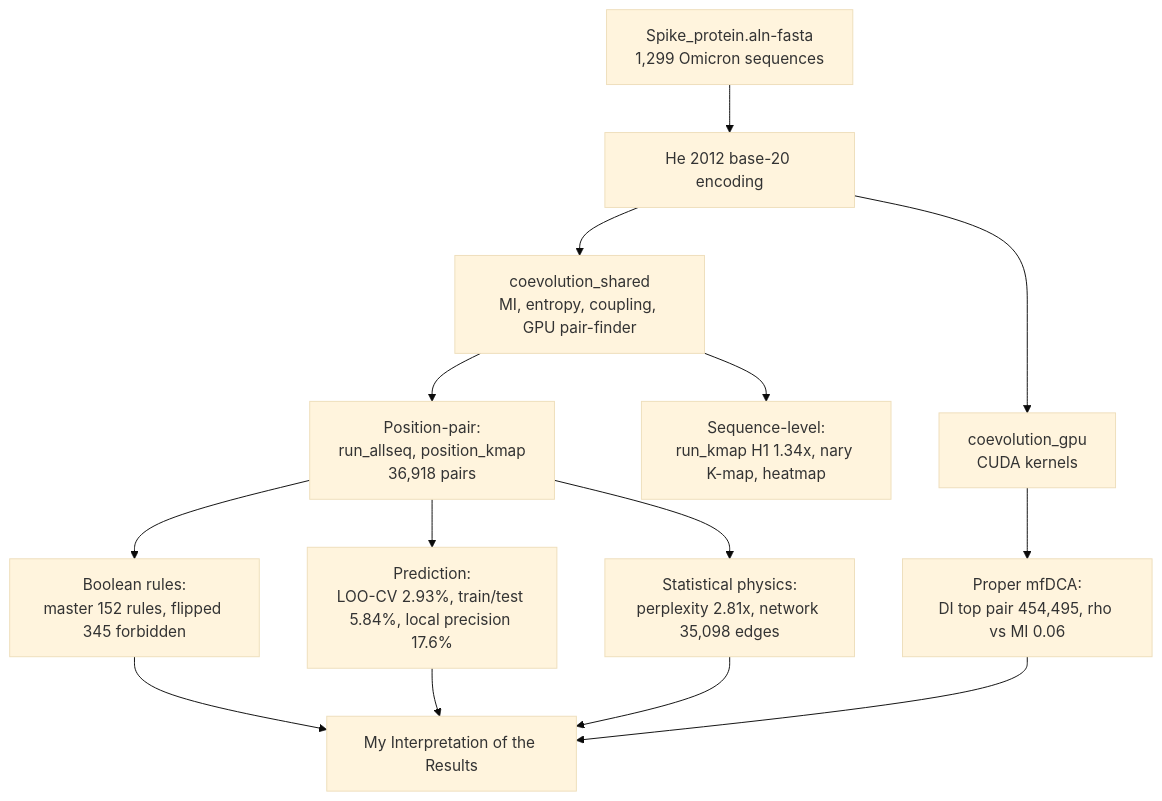
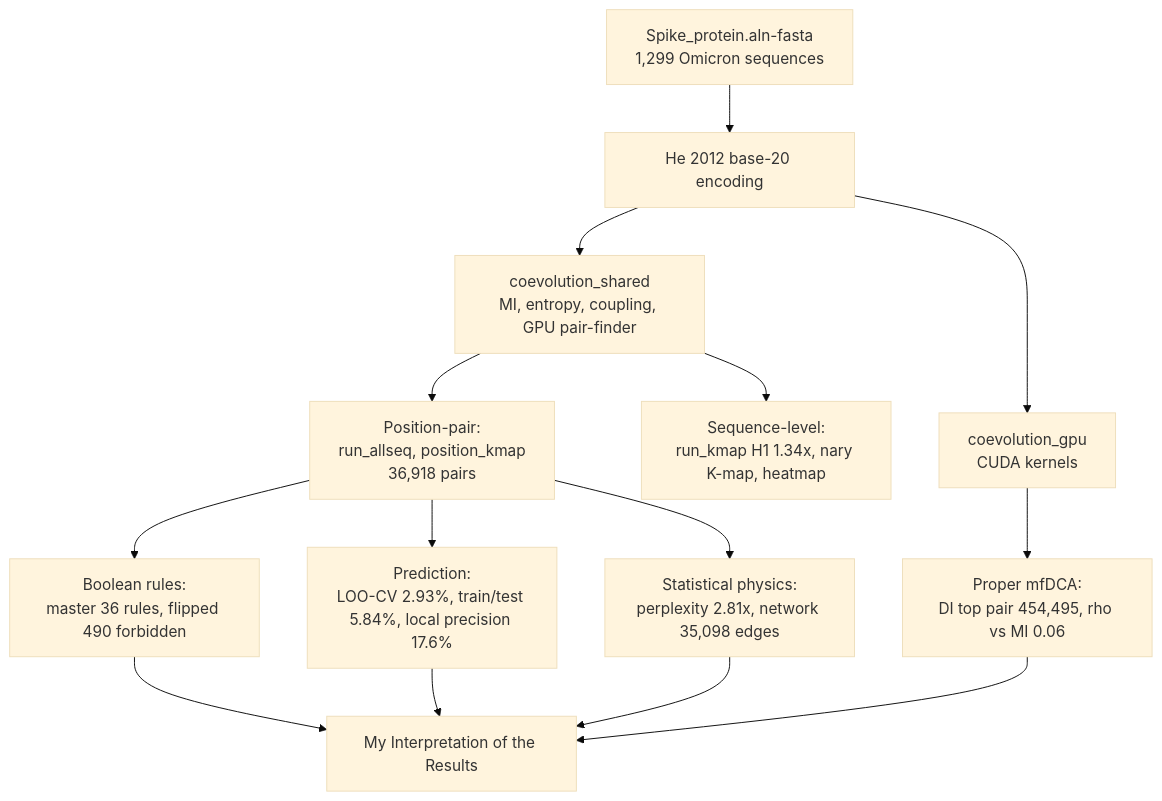
Before and after one commit to E-Motioner-X-SBS/co-evolution-analysis: the diagram in My_Interpretation_of_the_Results/README.md, drawn with Mermaid (base theme). The commit also changed other lines of this file and 32 other files, not shown here.

First line of the commit message:
Fix master Boolean rule generation: off-set semantics + 5-bit PI decoding + dedup

````diff
--- a/My_Interpretation_of_the_Results/README.md
+++ b/My_Interpretation_of_the_Results/README.md
@@ -113,16 +115,16 @@
 ```mermaid
 flowchart TD
     FASTA[Spike_protein.aln-fasta<br>1,299 Omicron sequences] --> ENC[He 2012 base-20 encoding]
     ENC --> SHARED[coevolution_shared<br>MI, entropy, coupling, GPU pair-finder]
     ENC --> GPU[coevolution_gpu<br>CUDA kernels]
     SHARED --> SEQ[Sequence-level:<br>run_kmap H1 1.34x, nary K-map, heatmap]
     SHARED --> PAIR[Position-pair:<br>run_allseq, position_kmap<br>36,918 pairs]
-    PAIR --> BOOL[Boolean rules:<br>master 152 rules, flipped 345 forbidden]
+    PAIR --> BOOL[Boolean rules:<br>master 36 rules, flipped 490 forbidden]
     PAIR --> PRED[Prediction:<br>LOO-CV 2.93%, train/test 5.84%, local precision 17.6%]
     PAIR --> PHYS[Statistical physics:<br>perplexity 2.81x, network 35,098 edges]
     GPU --> DCA[Proper mfDCA:<br>DI top pair 454,495, rho vs MI 0.06]
     BOOL --> INTERP[My Interpretation of the Results]
     PRED --> INTERP
     PHYS --> INTERP
     DCA --> INTERP
 ```
````
